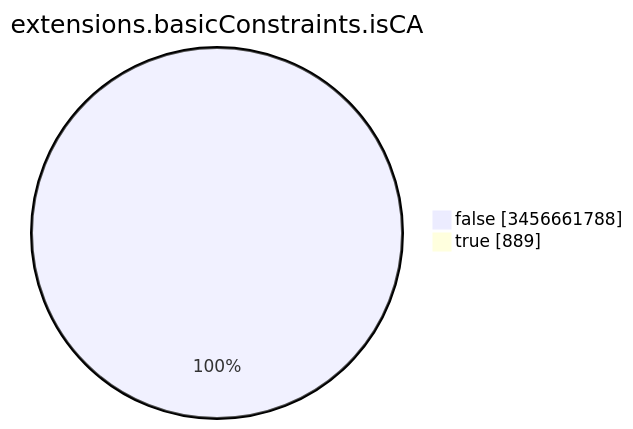
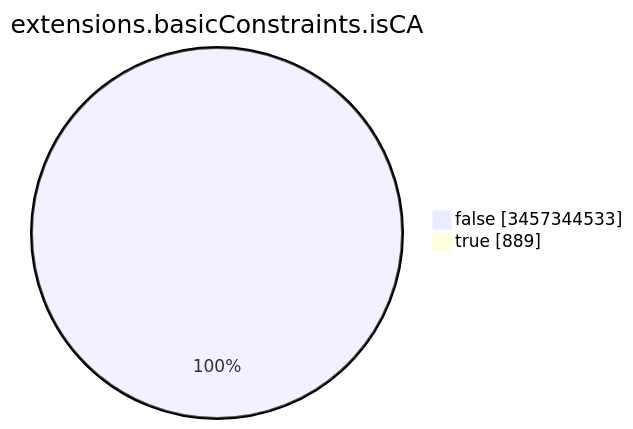
Before and after one commit to christiankrug/ctmonitor_visualization: the seventh of 15 diagrams in TOTAL/README.md, drawn with Mermaid. The commit also changed other lines of this file, not shown here.

````diff
--- a/TOTAL/README.md
+++ b/TOTAL/README.md
@@ -3093,6 +3093,6 @@
 ```mermaid
 pie showData
 title extensions.basicConstraints.isCA
-"false" :3456661788
+"false" :3457344533
 "true" :889
 ```
````
